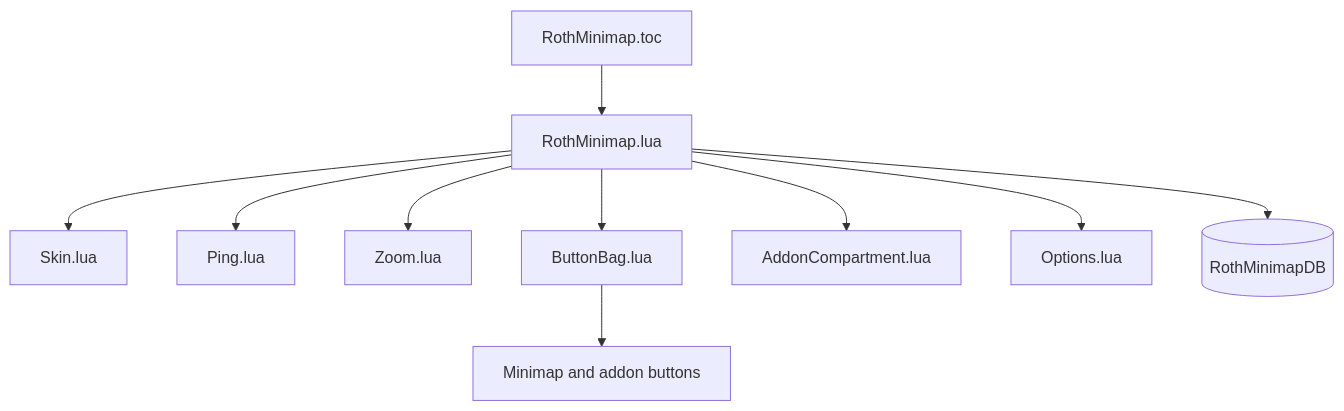
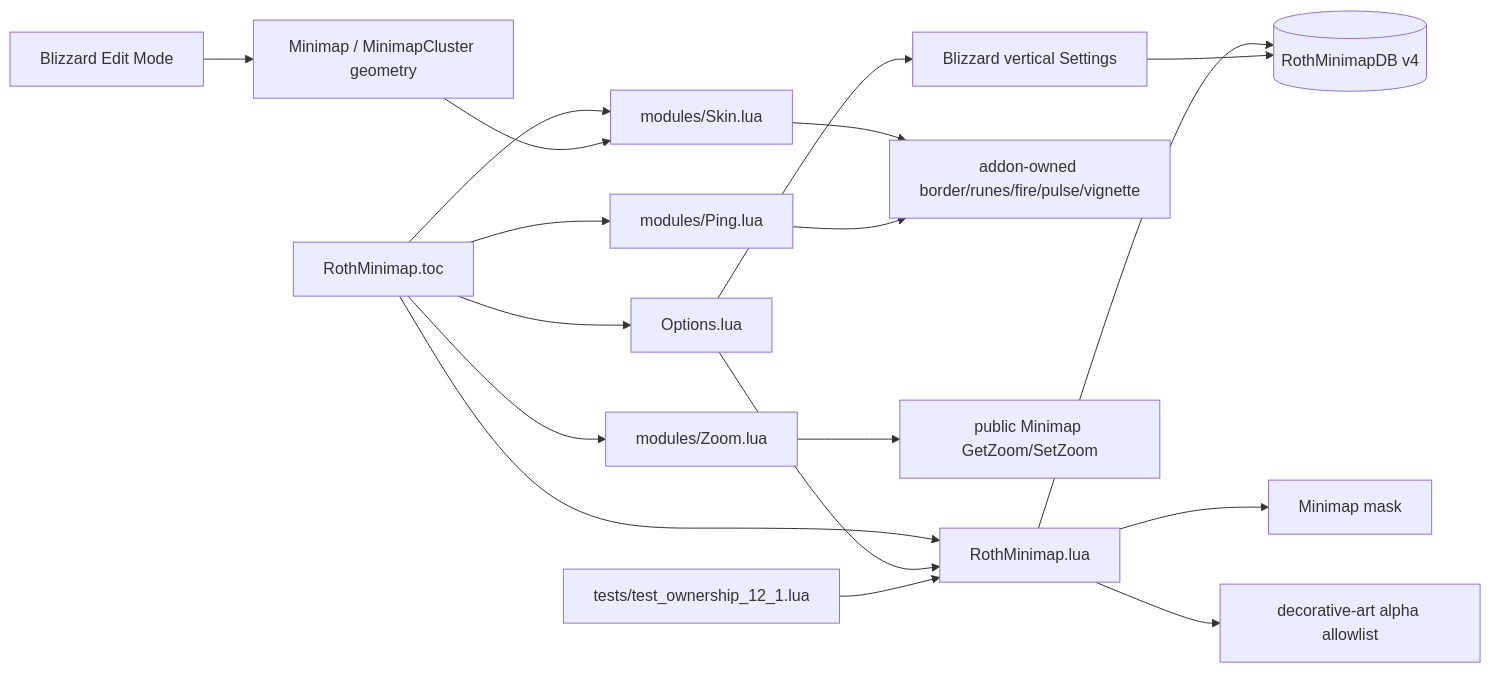
Before and after one commit to UnknownAlienHuman/roth-minimap: the diagram in CODE_GRAPH.md, drawn with Mermaid. The commit also changed other lines of this file, not shown here.

Commit message:
docs: update the Edit Mode ownership graph

````diff
--- a/CODE_GRAPH.md
+++ b/CODE_GRAPH.md
@@ -3,12 +3,20 @@
 ```mermaid
-flowchart TD
-  T["RothMinimap.toc"] --> R["RothMinimap.lua"]
-  R --> S["Skin.lua"]
-  R --> P["Ping.lua"]
-  R --> Z["Zoom.lua"]
-  R --> B["ButtonBag.lua"]
-  R --> A["AddonCompartment.lua"]
-  R --> O["Options.lua"]
-  B --> M["Minimap and addon buttons"]
-  R --> DB[("RothMinimapDB")]
+flowchart LR
+  T["RothMinimap.toc"] --> C["RothMinimap.lua"]
+  T --> S["modules/Skin.lua"]
+  T --> P["modules/Ping.lua"]
+  T --> Z["modules/Zoom.lua"]
+  T --> O["Options.lua"]
+  C --> DB[("RothMinimapDB v4")]
+  E["Blizzard Edit Mode"] --> M["Minimap / MinimapCluster geometry"]
+  M --> S
+  C --> MASK["Minimap mask"]
+  C --> ART["decorative-art alpha allowlist"]
+  S --> OWN["addon-owned border/runes/fire/pulse/vignette"]
+  P --> OWN
+  Z --> PUB["public Minimap GetZoom/SetZoom"]
+  O --> SET["Blizzard vertical Settings"]
+  SET --> DB
+  O --> C
+  X["tests/test_ownership_12_1.lua"] --> C
 ```
````
